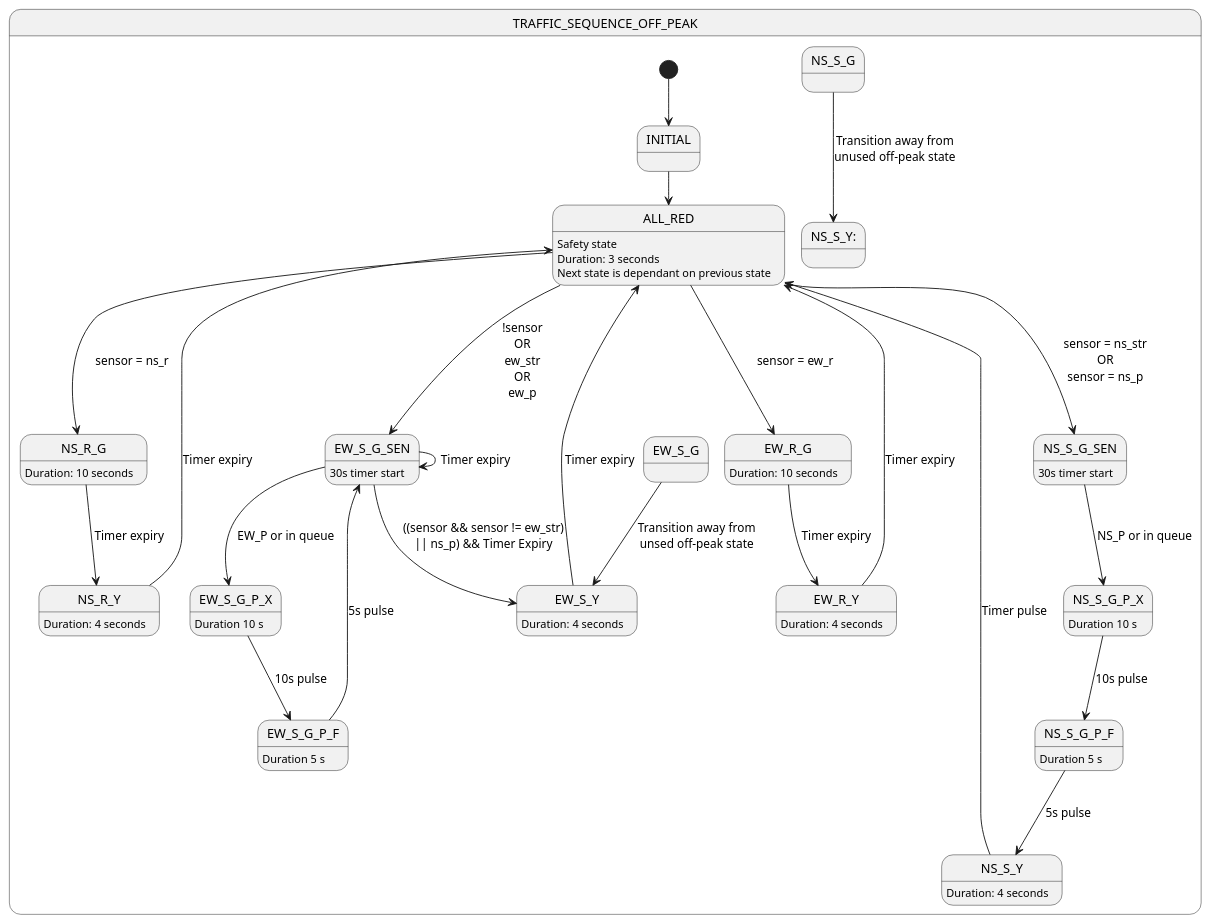
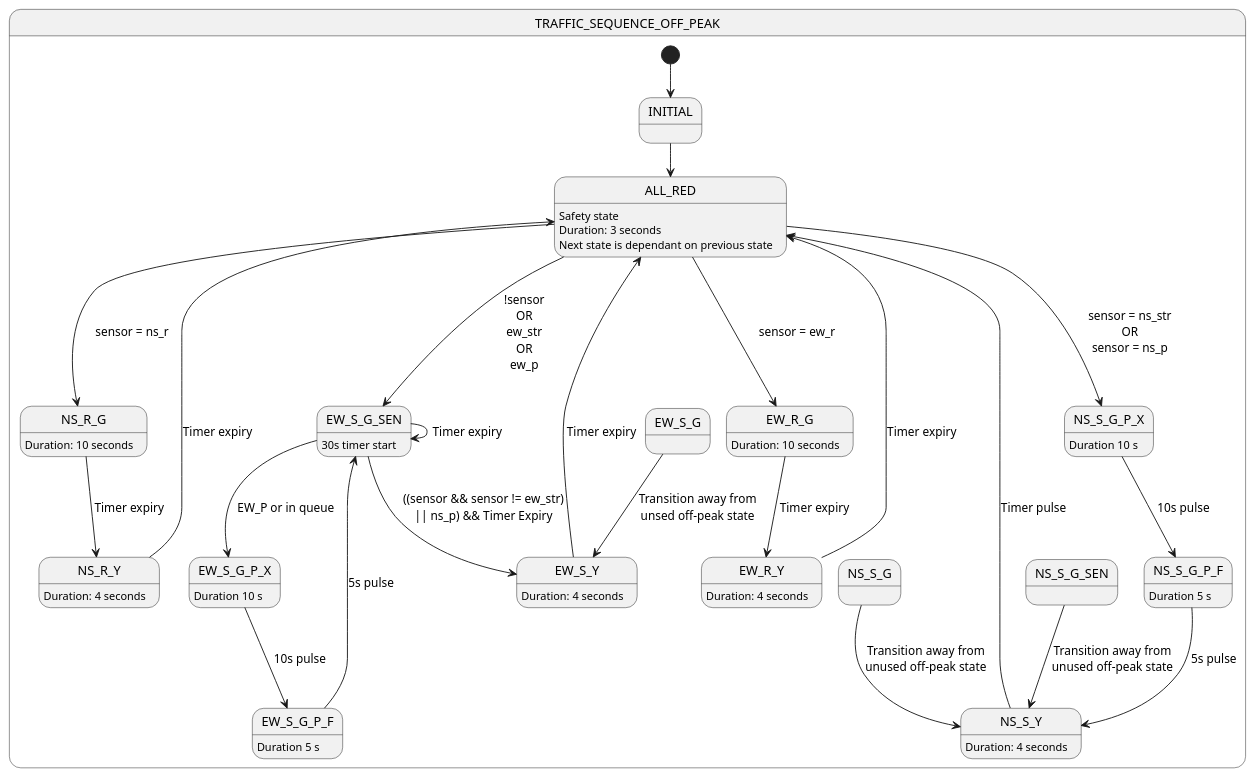
One commit to Mr4D/Traffic-Light-System changed the diagram in docs/main_off_peak_state_machine.wsd. Above: the diagram before and after it, drawn with PlantUML.

Commit message:
Remove NS_S_G_SEN from off peak state machine.

```diff
--- a/docs/main_off_peak_state_machine.wsd
+++ b/docs/main_off_peak_state_machine.wsd
@@ -1,65 +1,66 @@
 @startuml STATE_MACHINE_SEQUENCE_OFF_PEAK
 
 ' http://www.victoriawalks.org.au/Crossing_the_road/
 
 state TRAFFIC_SEQUENCE_OFF_PEAK {
 
     [*]     --> INITIAL
 
     INITIAL --> ALL_RED
 
     ALL_RED ---> NS_R_G: sensor = ns_r
     NS_R_G  ---> NS_R_Y: Timer expiry
     NS_R_Y  ---> ALL_RED: Timer expiry
 
     ' NS ped states
     EW_S_G_SEN ---> EW_S_G_P_X: EW_P or in queue
     EW_S_G_P_X ---> EW_S_G_P_F: 10s pulse
     EW_S_G_P_F ---> EW_S_G_SEN: 5s pulse
 
     ALL_RED ---> EW_R_G: sensor = ew_r
     EW_R_G  ---> EW_R_Y: Timer expiry
     EW_R_Y ---> ALL_RED: Timer expiry
 
     ' Traffic state
-    ALL_RED ---> NS_S_G_SEN: sensor = ns_str\nOR\nsensor = ns_p
-    NS_S_G ---> NS_S_Y::Transition away from\nunused off-peak state
+    ALL_RED ---> NS_S_G_P_X: sensor = ns_str\nOR\nsensor = ns_p
+    NS_S_G ---> NS_S_Y:Transition away from\nunused off-peak state
     NS_S_Y ---> ALL_RED: Timer pulse
 
+    NS_S_G_SEN ---> NS_S_Y: Transition away from\nunused off-peak state
+
     ' NS ped states
-    NS_S_G_SEN ---> NS_S_G_P_X: NS_P or in queue
     NS_S_G_P_X ---> NS_S_G_P_F: 10s pulse
     NS_S_G_P_F ---> NS_S_Y: 5s pulse
 
     ' Traffic state
     ALL_RED ---> EW_S_G_SEN: !sensor\nOR\new_str\nOR\new_p
     EW_S_G_SEN ---> EW_S_G_SEN: Timer expiry
     EW_S_G_SEN ---> EW_S_Y: ((sensor && sensor != ew_str)\n|| ns_p) && Timer Expiry
     EW_S_Y ---> ALL_RED: Timer expiry
 
     EW_S_G ---> EW_S_Y: Transition away from\nunsed off-peak state
 
 }
 
 ALL_RED: Safety state
 ALL_RED: Duration: 3 seconds
 ALL_RED: Next state is dependant on previous state
 
-NS_S_G_SEN: 30s timer start
+
 EW_S_G_SEN: 30s timer start
 
 NS_S_G_P_X: Duration 10 s
 EW_S_G_P_X: Duration 10 s
 
 NS_S_G_P_F: Duration 5 s
 EW_S_G_P_F: Duration 5 s
 
 EW_R_G: Duration: 10 seconds
 NS_R_G: Duration: 10 seconds
 
 NS_S_Y: Duration: 4 seconds
 EW_R_Y: Duration: 4 seconds
 EW_S_Y: Duration: 4 seconds
 NS_R_Y: Duration: 4 seconds
 
 @enduml
```
